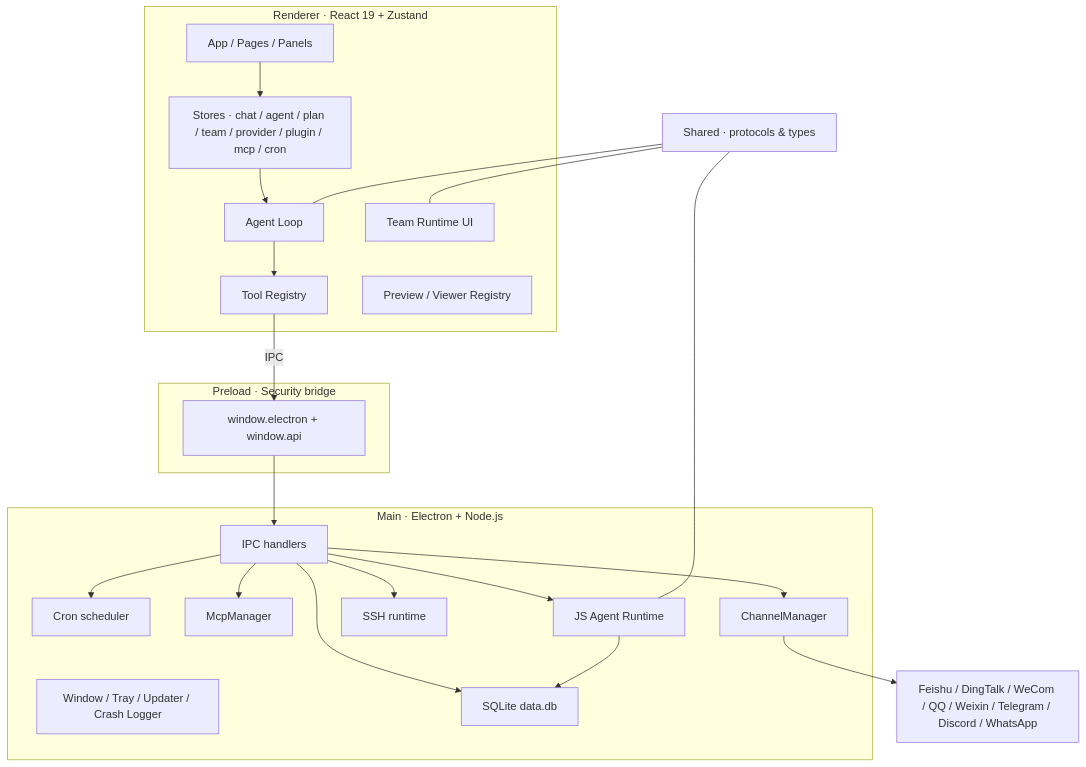
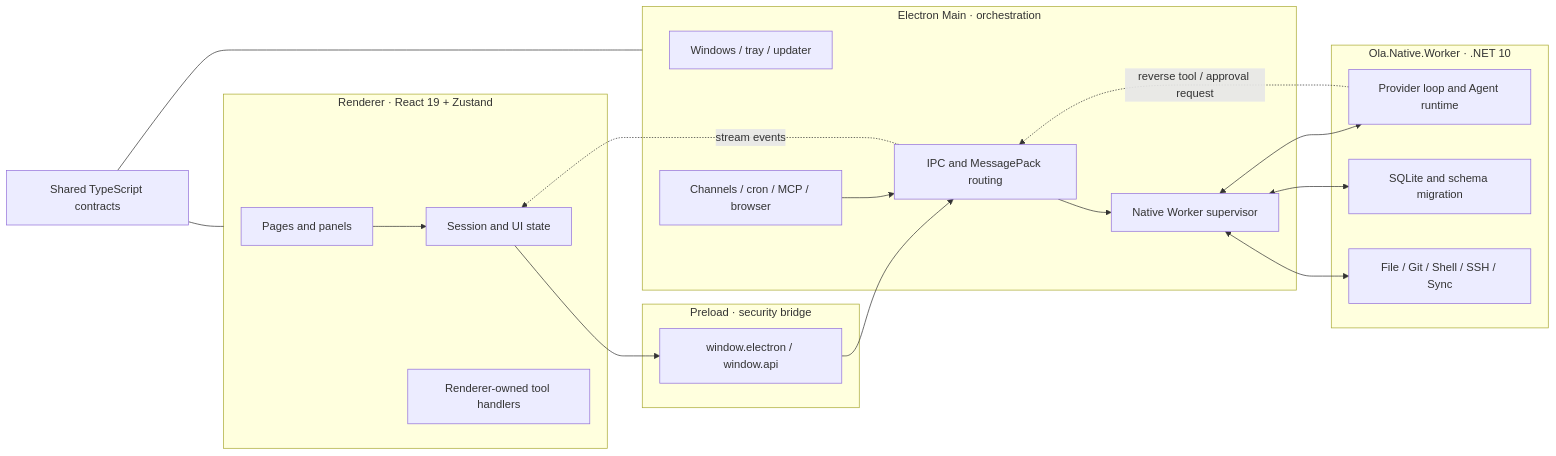
The diagram in docs/docs/reference/architecture.mdx (Leevity/Ola), drawn with Mermaid before and after one commit. The commit also changed other lines of this file and 10 other files, not shown here.

````diff
--- a/docs/docs/reference/architecture.mdx
+++ b/docs/docs/reference/architecture.mdx
@@ -12,45 +14,36 @@
 ```mermaid
-flowchart TD
+flowchart LR
   subgraph Renderer["Renderer · React 19 + Zustand"]
-    UI["App / Pages / Panels"]
-    Stores["Stores · chat / agent / plan / team / provider / plugin / mcp / cron"]
-    Loop["Agent Loop"]
-    Tools["Tool Registry"]
-    Preview["Preview / Viewer Registry"]
-    Teams["Team Runtime UI"]
+    UI["Pages and panels"]
+    Stores["Session and UI state"]
+    Tools["Renderer-owned tool handlers"]
   end
 
-  subgraph Preload["Preload · Security bridge"]
-    Bridge["window.electron + window.api"]
+  subgraph Preload["Preload · security bridge"]
+    Bridge["window.electron / window.api"]
   end
 
-  subgraph Main["Main · Electron + Node.js"]
-    Win["Window / Tray / Updater / Crash Logger"]
-    IPC["IPC handlers"]
-    DB["SQLite data.db"]
-    Cron["Cron scheduler"]
-    MCP["McpManager"]
-    Channels["ChannelManager"]
-    SSH["SSH runtime"]
-    Runtime["JS Agent Runtime"]
+  subgraph Main["Electron Main · orchestration"]
+    Windows["Windows / tray / updater"]
+    IPC["IPC and MessagePack routing"]
+    Supervisor["Native Worker supervisor"]
+    Services["Channels / cron / MCP / browser"]
   end
 
-  Shared["Shared · protocols & types"]
+  subgraph Worker["Ola.Native.Worker · .NET 10"]
+    Agent["Provider loop and Agent runtime"]
+    DB["SQLite and schema migration"]
+    Native["File / Git / Shell / SSH / Sync"]
+  end
 
-  UI --> Stores
-  Stores --> Loop
-  Loop --> Tools
-  Tools -->|IPC| Bridge
-  Bridge --> IPC
-  IPC --> DB
-  IPC --> Cron
-  IPC --> MCP
-  IPC --> Channels
-  IPC --> SSH
-  IPC --> Runtime
-  Runtime --> DB
-  Channels --> External["Feishu / DingTalk / WeCom / QQ / Weixin / Telegram / Discord / WhatsApp"]
-  Shared --- Loop
-  Shared --- Runtime
-  Shared --- Teams
+  Shared["Shared TypeScript contracts"]
+  UI --> Stores --> Bridge --> IPC --> Supervisor
+  Supervisor <--> Agent
+  Supervisor <--> DB
+  Supervisor <--> Native
+  Agent -. "reverse tool / approval request" .-> IPC
+  IPC -. "stream events" .-> Stores
+  Services --> IPC
+  Shared --- Renderer
+  Shared --- Main
 ```
````
